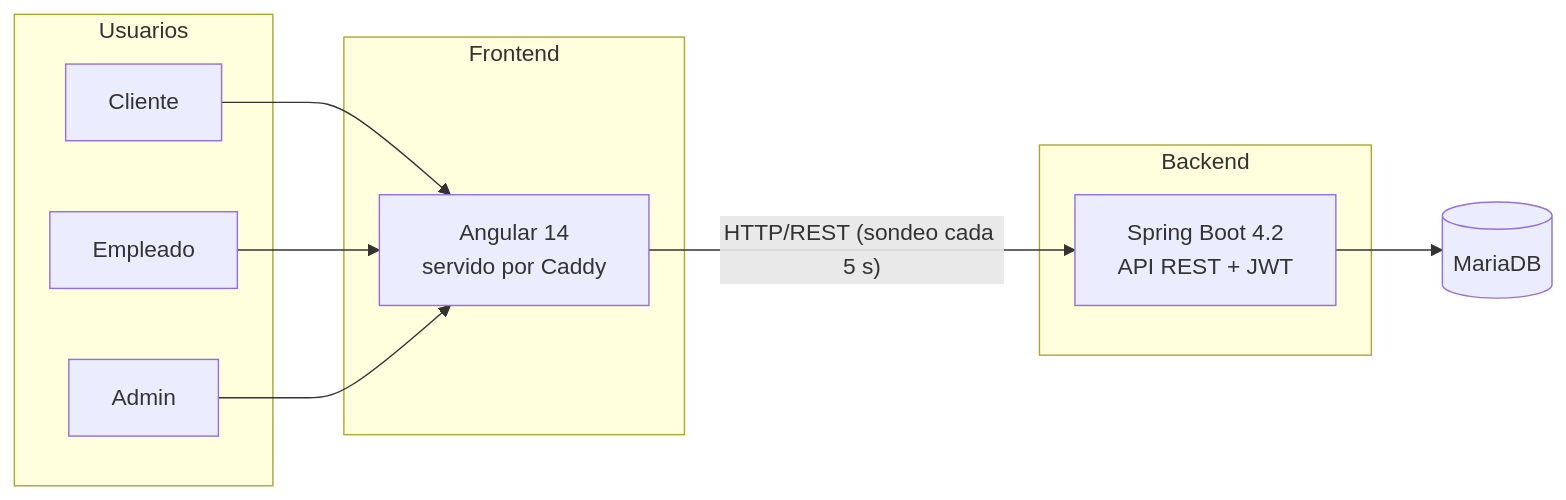
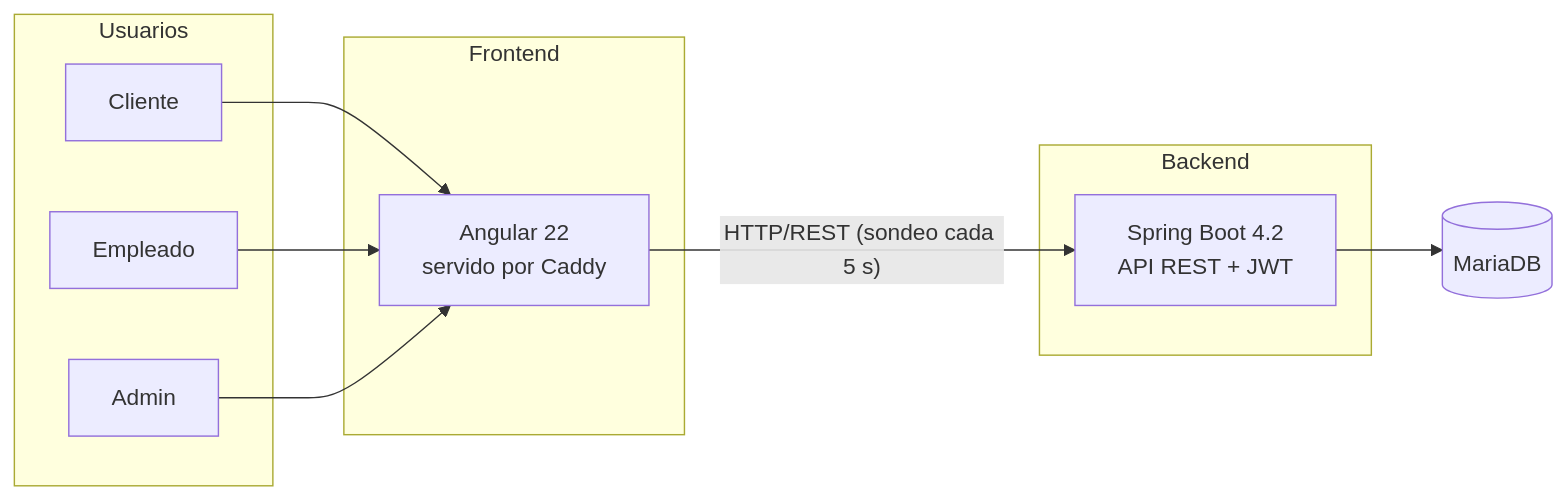
The diagram in docs/README.md (juanparejog/BarHub2.0), drawn with Mermaid before and after one commit. The commit also changed other lines of this file and 8 other files, not shown here.

````diff
--- a/docs/README.md
+++ b/docs/README.md
@@ -30,22 +30,22 @@
 ```mermaid
 flowchart LR
     subgraph Usuarios
         C[Cliente]
         E[Empleado]
         A[Admin]
     end
 
     subgraph Frontend
-        F[Angular 14<br/>servido por Caddy]
+        F[Angular 22<br/>servido por Caddy]
     end
 
     subgraph Backend
         API[Spring Boot 4.2<br/>API REST + JWT]
     end
 
     DB[(MariaDB)]
 
     C & E & A --> F
     F -- "HTTP/REST (sondeo cada 5 s)" --> API
     API --> DB
 ```
````
